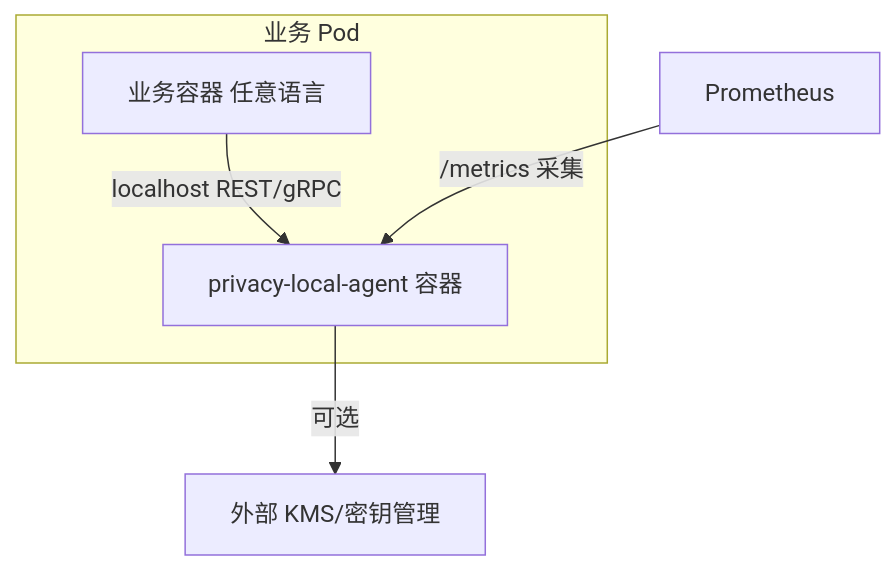
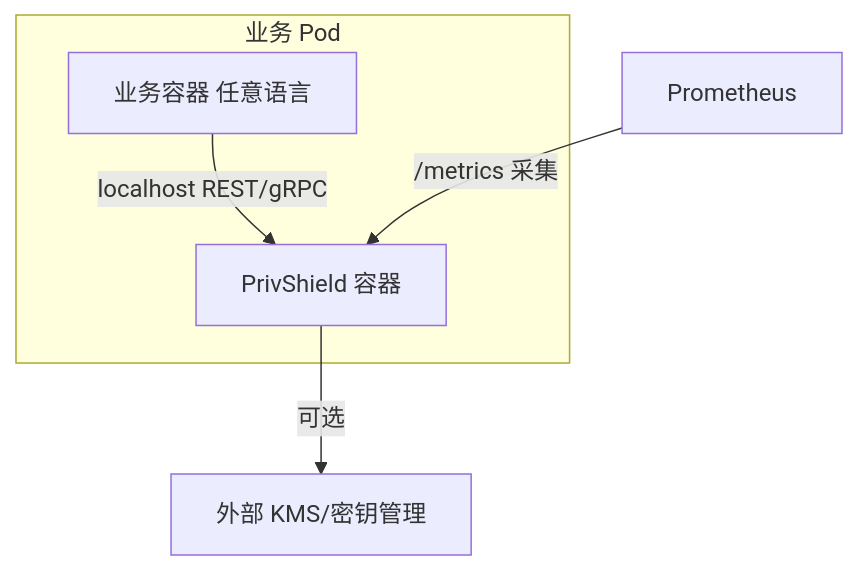
One commit to fengzhizi319/PrivShield changed the fifth of 5 diagrams in docs/architecture-design.md. Above: the diagram before and after it, drawn with Mermaid. The commit also changed other lines of this file and 393 other files, not shown here.

Commit message:
refactor(brand): 全面将 privacy_local_agent 迁移升级为 PrivShield

````diff
--- a/docs/architecture-design.md
+++ b/docs/architecture-design.md
@@ -485,10 +485,10 @@
 ```mermaid
 graph TB
     subgraph 业务 Pod
         BIZ[业务容器 任意语言]
-        AGT[privacy-local-agent 容器]
+        AGT[PrivShield 容器]
     end
     BIZ -->|localhost REST/gRPC| AGT
     AGT -->|可选| KMS[外部 KMS/密钥管理]
     PROM[Prometheus] -->|/metrics 采集| AGT
 ```
````
